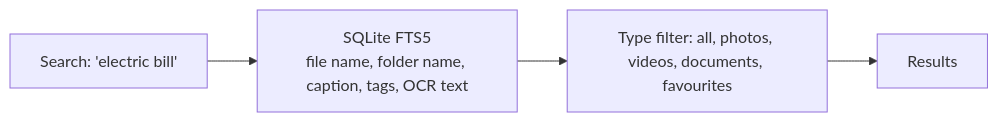
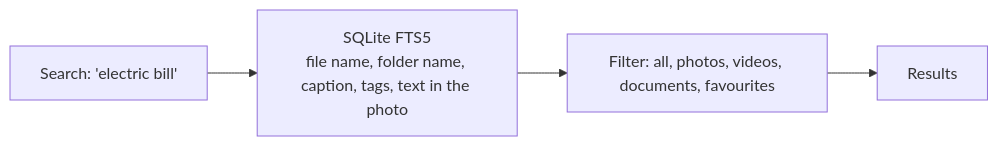
Before and after one commit to SumitKanchan4/SecurePhotos: the fourth of 6 diagrams in docs/architecture.md, drawn with Mermaid. The commit also changed other lines of this file and 10 other files, not shown here.

````diff
--- a/docs/architecture.md
+++ b/docs/architecture.md
@@ -96,6 +140,6 @@
 ```mermaid
 flowchart LR
-    UserQuery["Search: 'electric bill'"] --> FTS["SQLite FTS5<br/>file name, folder name, caption, tags, OCR text"]
-    FTS --> Filters["Type filter: all, photos, videos, documents, favourites"]
+    UserQuery["Search: 'electric bill'"] --> FTS["SQLite FTS5<br/>file name, folder name, caption, tags, text in the photo"]
+    FTS --> Filters["Filter: all, photos, videos, documents, favourites"]
     Filters --> Results[Results]
 ```
````
